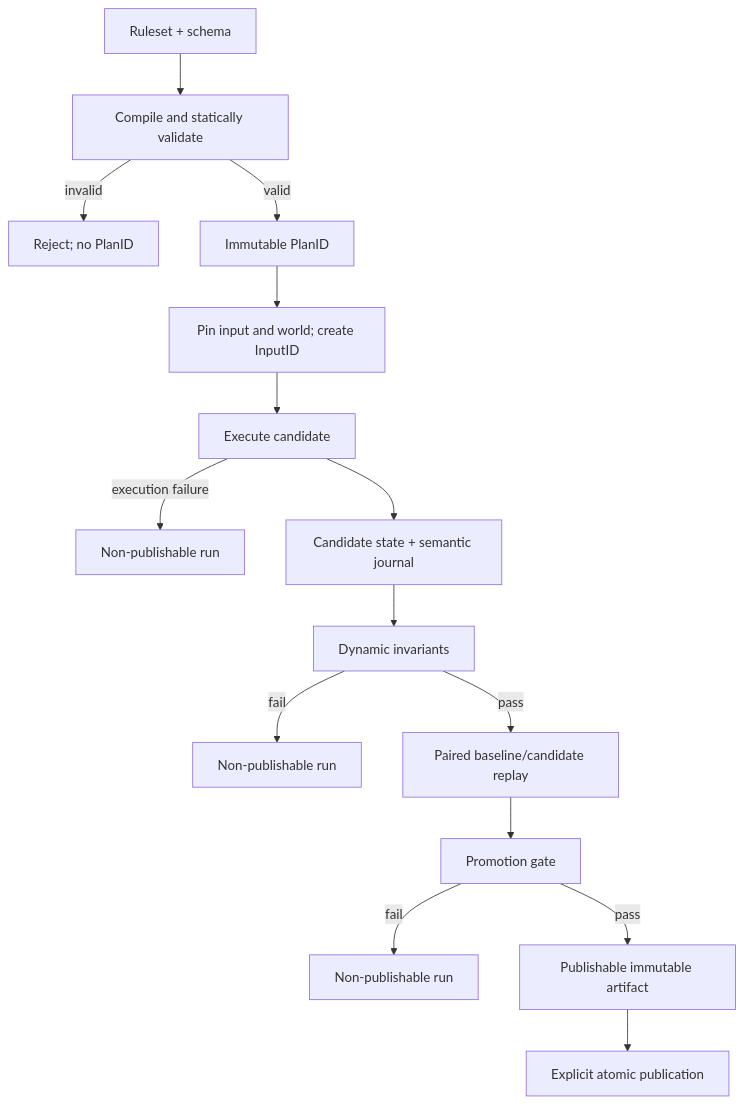
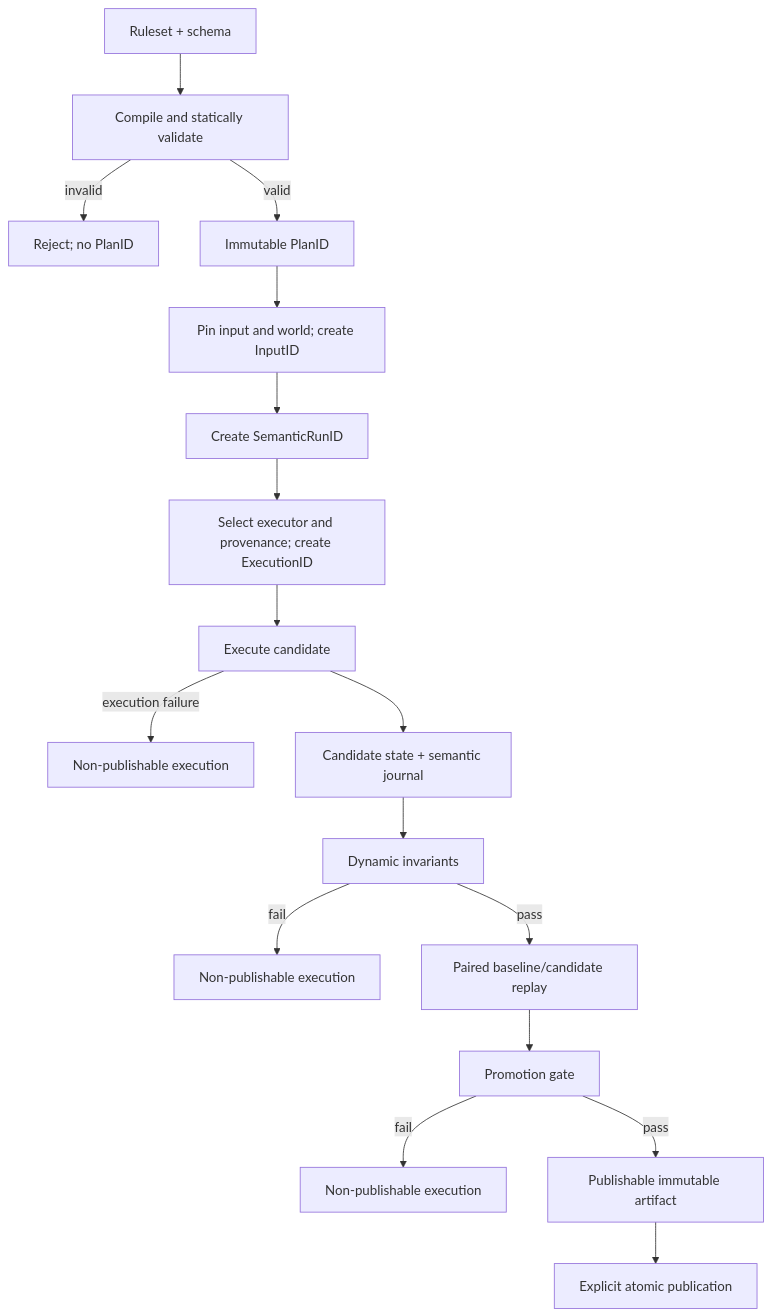
One commit to jbourne-od/maiden_lane changed the first of 2 diagrams in docs/superpowers/specs/2026-08-11-maiden-lane-high-level-design.md. Above: the diagram before and after it, drawn with Mermaid. The commit also changed other lines of this file, not shown here.

````diff
--- a/docs/superpowers/specs/2026-08-11-maiden-lane-high-level-design.md
+++ b/docs/superpowers/specs/2026-08-11-maiden-lane-high-level-design.md
@@ -358,17 +413,19 @@
 ```mermaid
 flowchart TD
     R["Ruleset + schema"] --> C["Compile and statically validate"]
     C -->|"invalid"| CR["Reject; no PlanID"]
     C -->|"valid"| P["Immutable PlanID"]
     P --> I["Pin input and world; create InputID"]
-    I --> E["Execute candidate"]
-    E -->|"execution failure"| EF["Non-publishable run"]
+    I --> SR["Create SemanticRunID"]
+    SR --> X["Select executor and provenance; create ExecutionID"]
+    X --> E["Execute candidate"]
+    E -->|"execution failure"| EF["Non-publishable execution"]
     E --> S["Candidate state + semantic journal"]
     S --> V["Dynamic invariants"]
-    V -->|"fail"| VF["Non-publishable run"]
+    V -->|"fail"| VF["Non-publishable execution"]
     V -->|"pass"| B["Paired baseline/candidate replay"]
     B --> G["Promotion gate"]
-    G -->|"fail"| GF["Non-publishable run"]
+    G -->|"fail"| GF["Non-publishable execution"]
     G -->|"pass"| A["Publishable immutable artifact"]
     A --> PUB["Explicit atomic publication"]
 ```
````
